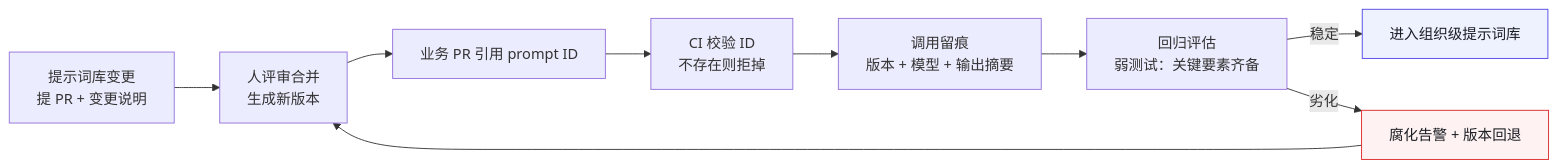
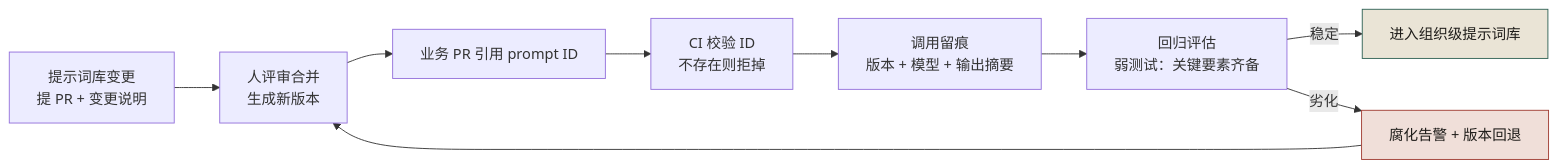
The third of 3 diagrams in docs/manuscript/ch28-第23章-提示词工程与归档.md (funny8kids/AI_Native_Software_Engineering), drawn with Mermaid before and after one commit. The commit also changed other lines of this file and 81 other files, not shown here.

````diff
--- a/docs/manuscript/ch28-第23章-提示词工程与归档.md
+++ b/docs/manuscript/ch28-第23章-提示词工程与归档.md
@@ -94,13 +103,13 @@
 ```mermaid
 flowchart LR
   A[提示词库变更<br/>提 PR + 变更说明] --> B[人评审合并<br/>生成新版本]
   B --> C[业务 PR 引用 prompt ID]
   C --> D[CI 校验 ID<br/>不存在则拒掉]
   D --> E[调用留痕<br/>版本 + 模型 + 输出摘要]
   E --> F[回归评估<br/>弱测试：关键要素齐备]
   F -->|稳定| G[进入组织级提示词库]
   F -->|劣化| H[腐化告警 + 版本回退]
   H --> B
-  style G fill:#eef2ff,stroke:#4f46e5,color:#1a1d23
-  style H fill:#fef2f2,stroke:#dc2626,color:#1a1d23
+  style G fill:#eae4d6,stroke:#2f6154,color:#1e1c19
+  style H fill:#f0dfd9,stroke:#a03b31,color:#1e1c19
 ```
````
